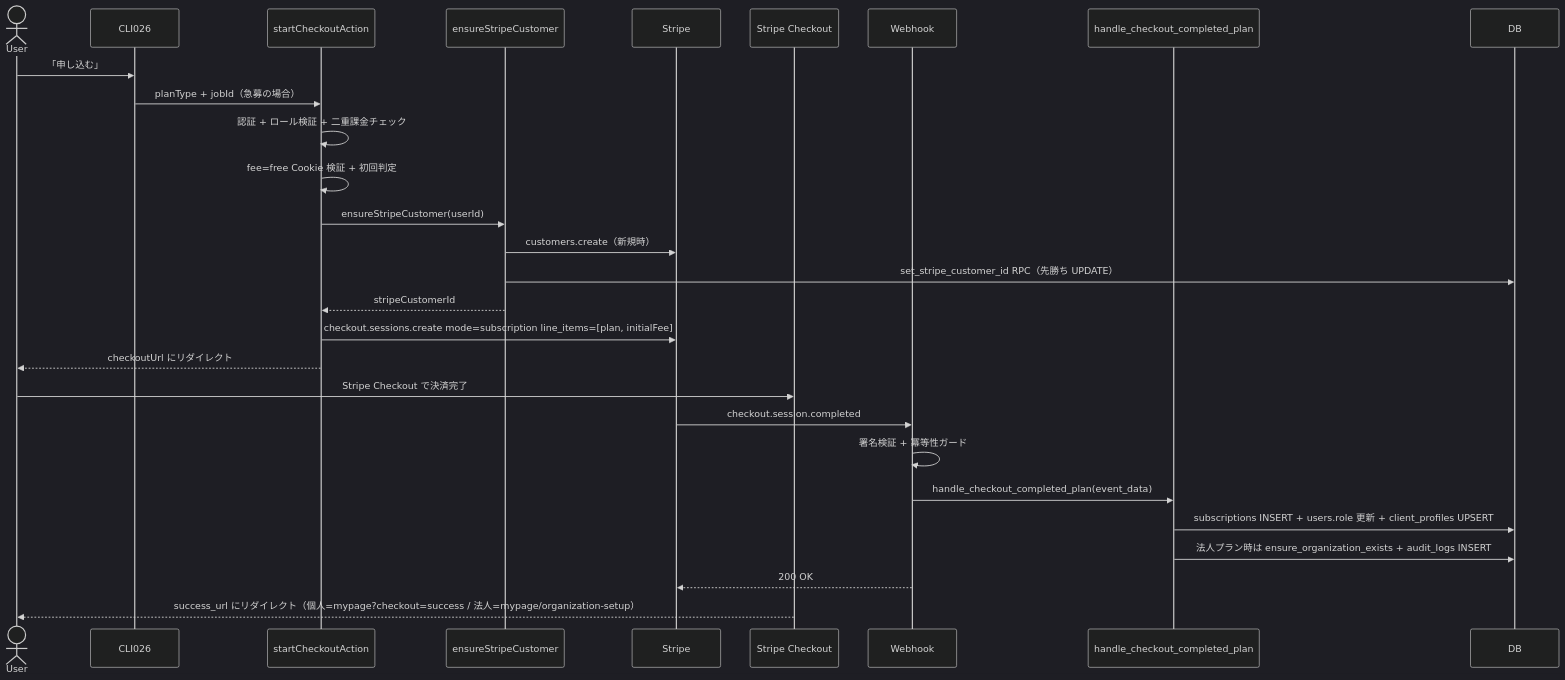
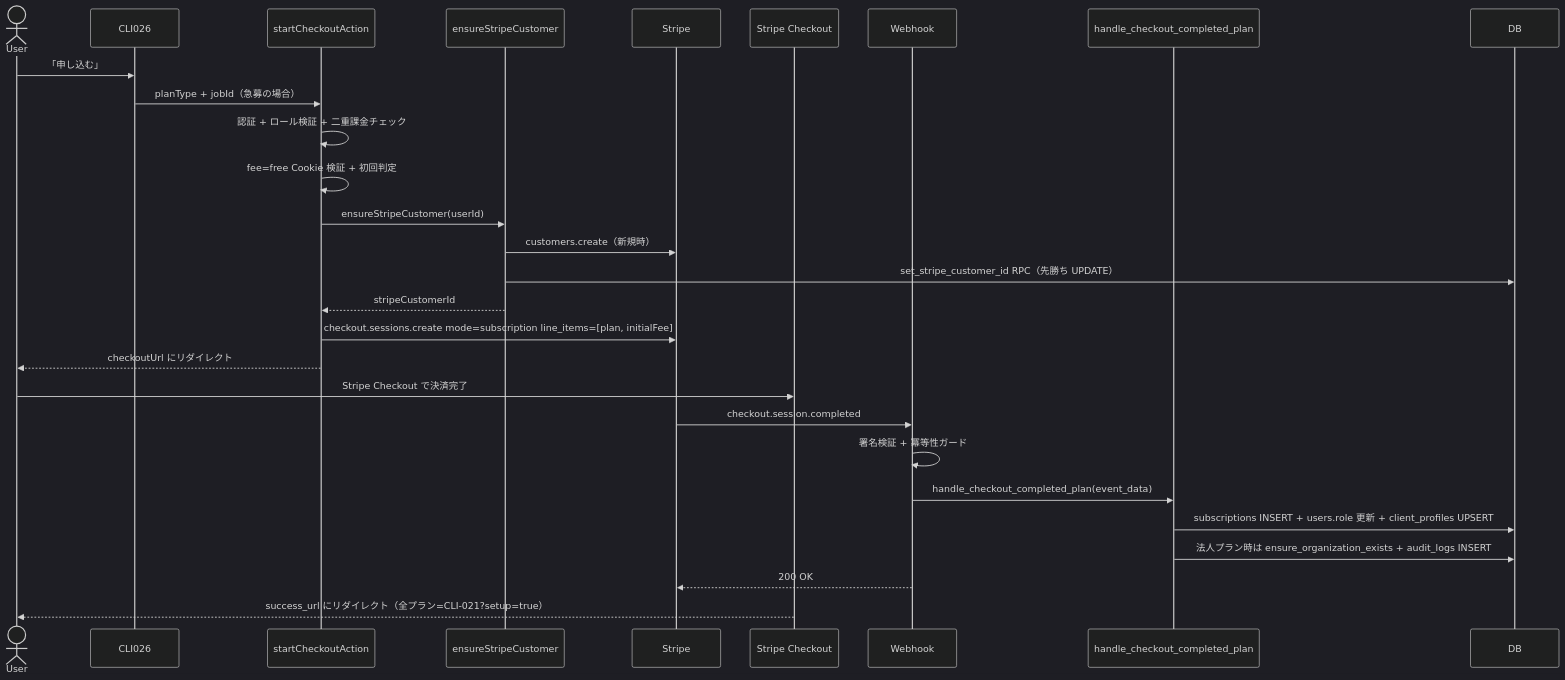
Before and after one commit to wildlife-creator/bijiyu: the second of 8 diagrams in .kiro/specs/billing/design.md, drawn with Mermaid (dark theme). The commit also changed other lines of this file and 29 other files, not shown here.

````diff
--- a/.kiro/specs/billing/design.md
+++ b/.kiro/specs/billing/design.md
@@ -214,31 +214,31 @@
 ```mermaid
 sequenceDiagram
     actor User
     participant CLI026
     participant SA as startCheckoutAction
     participant ESC as ensureStripeCustomer
     participant Stripe
     participant CLI027 as Stripe Checkout
     participant Webhook
     participant Plan as handle_checkout_completed_plan
     participant DB
 
     User->>CLI026: 「申し込む」
     CLI026->>SA: planType + jobId（急募の場合）
     SA->>SA: 認証 + ロール検証 + 二重課金チェック
     SA->>SA: fee=free Cookie 検証 + 初回判定
     SA->>ESC: ensureStripeCustomer(userId)
     ESC->>Stripe: customers.create（新規時）
     ESC->>DB: set_stripe_customer_id RPC（先勝ち UPDATE）
     ESC-->>SA: stripeCustomerId
     SA->>Stripe: checkout.sessions.create mode=subscription line_items=[plan, initialFee]
     SA-->>User: checkoutUrl にリダイレクト
     User->>CLI027: Stripe Checkout で決済完了
     Stripe->>Webhook: checkout.session.completed
     Webhook->>Webhook: 署名検証 + 冪等性ガード
     Webhook->>Plan: handle_checkout_completed_plan(event_data)
     Plan->>DB: subscriptions INSERT + users.role 更新 + client_profiles UPSERT
     Plan->>DB: 法人プラン時は ensure_organization_exists + audit_logs INSERT
     Webhook-->>Stripe: 200 OK
-    CLI027-->>User: success_url にリダイレクト（個人=mypage?checkout=success / 法人=mypage/organization-setup）
+    CLI027-->>User: success_url にリダイレクト（全プラン=CLI-021?setup=true）
 ```
````
